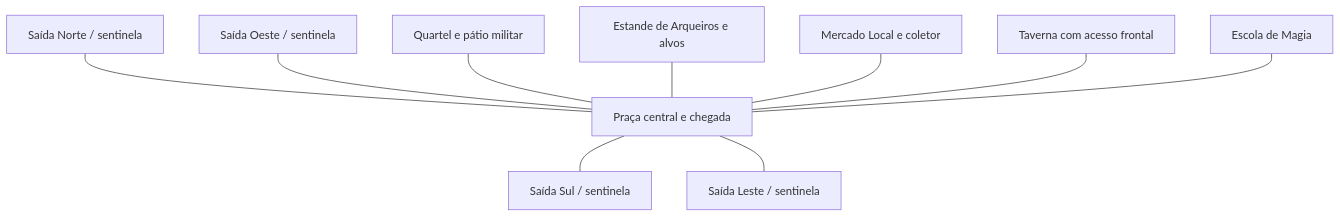
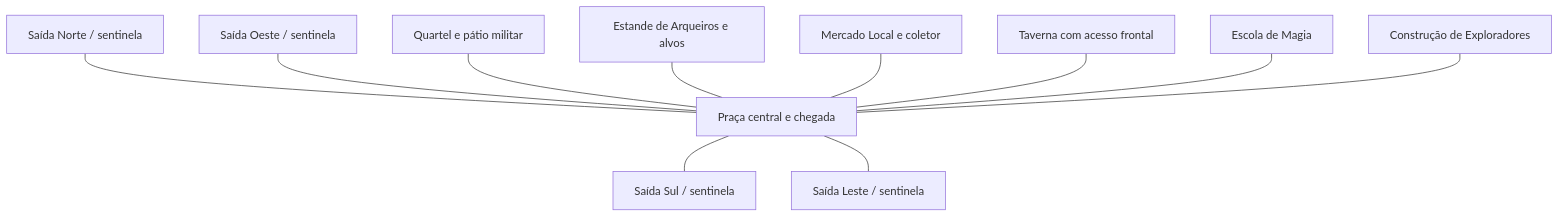
The diagram in Design/World/CentroRedesignPlan.md (GuhNA/TCC-Game), drawn with Mermaid before and after one commit. The commit also changed other lines of this file and 159 other files, not shown here.

````diff
--- a/Design/World/CentroRedesignPlan.md
+++ b/Design/World/CentroRedesignPlan.md
@@ -39,12 +61,13 @@
 ```mermaid
 flowchart TB
     N[Saída Norte / sentinela] --- P[Praça central e chegada]
     P --- S[Saída Sul / sentinela]
     W[Saída Oeste / sentinela] --- P
     P --- E[Saída Leste / sentinela]
     Q[Quartel e pátio militar] --- P
     A[Estande de Arqueiros e alvos] --- P
     M[Mercado Local e coletor] --- P
     T[Taverna com acesso frontal] --- P
     G[Escola de Magia] --- P
+    X[Construção de Exploradores] --- P
 ```
````
